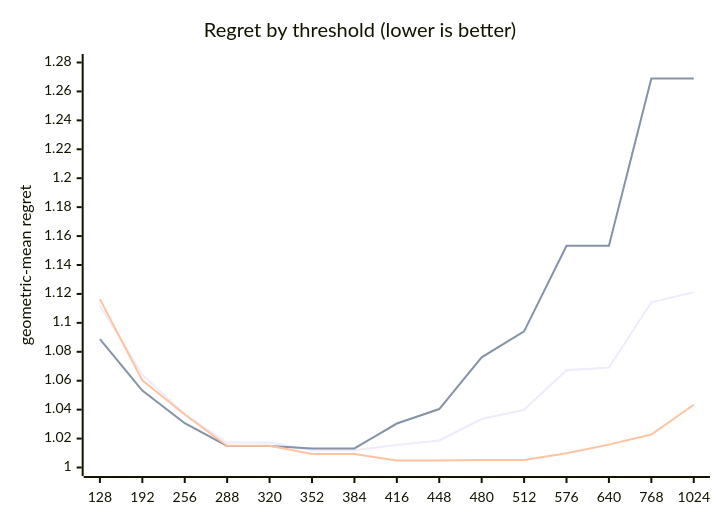
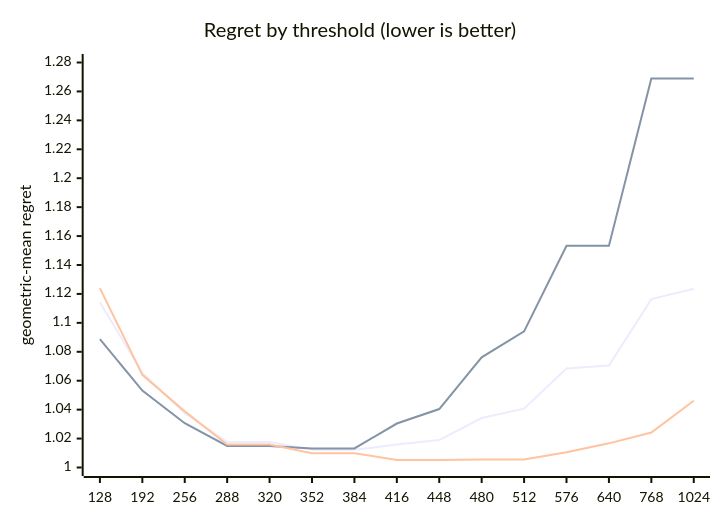
Before and after one commit to c0rmac/metal-linalg: the diagram in docs/results/apple-m1-8gpu/combined/qr/report.md, drawn with Mermaid. The commit also changed other lines of this file and 6 other files, not shown here.

````diff
--- a/docs/results/apple-m1-8gpu/combined/qr/report.md
+++ b/docs/results/apple-m1-8gpu/combined/qr/report.md
@@ -60,9 +60,9 @@
 ```mermaid
 xychart-beta
     title "Regret by threshold (lower is better)"
     x-axis [128, 192, 256, 288, 320, 352, 384, 416, 448, 480, 512, 576, 640, 768, 1024]
     y-axis "geometric-mean regret" 1.0 --> 1.28
-    line [1.1120, 1.0642, 1.0368, 1.0173, 1.0173, 1.0119, 1.0119, 1.0156, 1.0187, 1.0335, 1.0399, 1.0672, 1.0691, 1.1142, 1.1212]
+    line [1.1142, 1.0654, 1.0375, 1.0177, 1.0177, 1.0122, 1.0122, 1.0159, 1.0190, 1.0342, 1.0407, 1.0685, 1.0705, 1.1164, 1.1236]
     line [1.0887, 1.0532, 1.0306, 1.0149, 1.0149, 1.0132, 1.0132, 1.0304, 1.0404, 1.0762, 1.0941, 1.1533, 1.1533, 1.2690, 1.2690]
-    line [1.1164, 1.0603, 1.0366, 1.0150, 1.0150, 1.0093, 1.0093, 1.0049, 1.0049, 1.0052, 1.0052, 1.0099, 1.0158, 1.0228, 1.0434]
+    line [1.1240, 1.0641, 1.0388, 1.0159, 1.0159, 1.0099, 1.0099, 1.0052, 1.0052, 1.0055, 1.0055, 1.0105, 1.0167, 1.0242, 1.0461]
 ```
````
